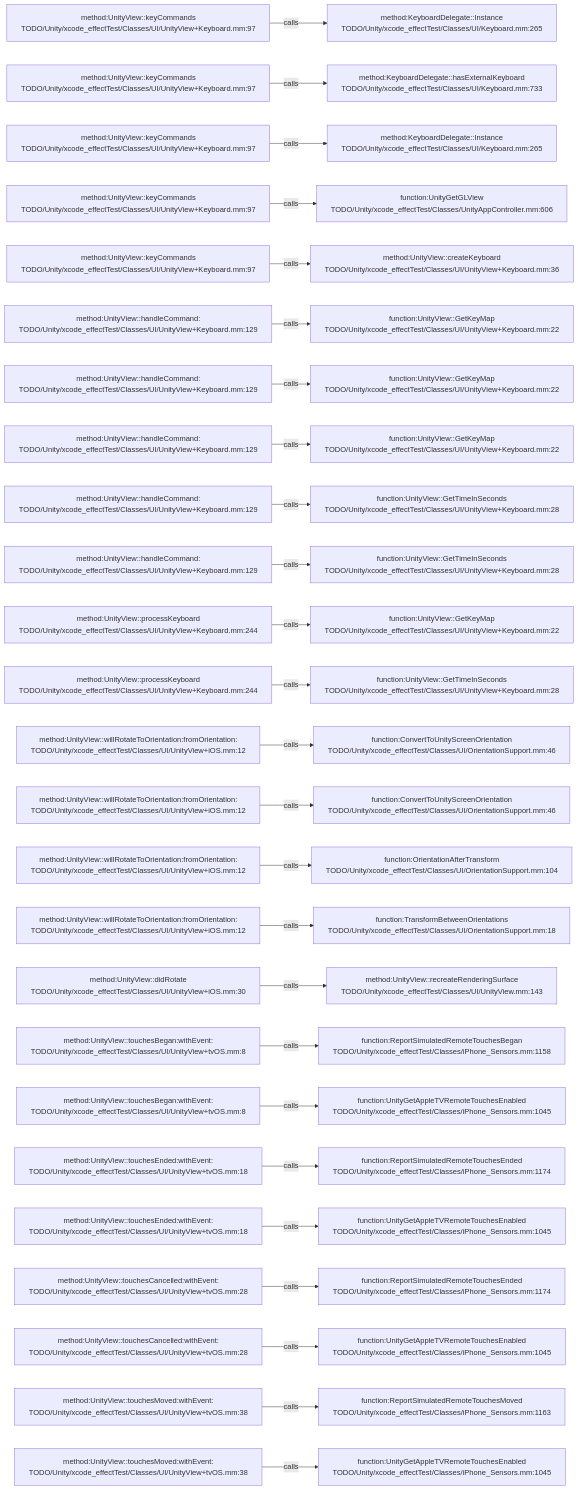
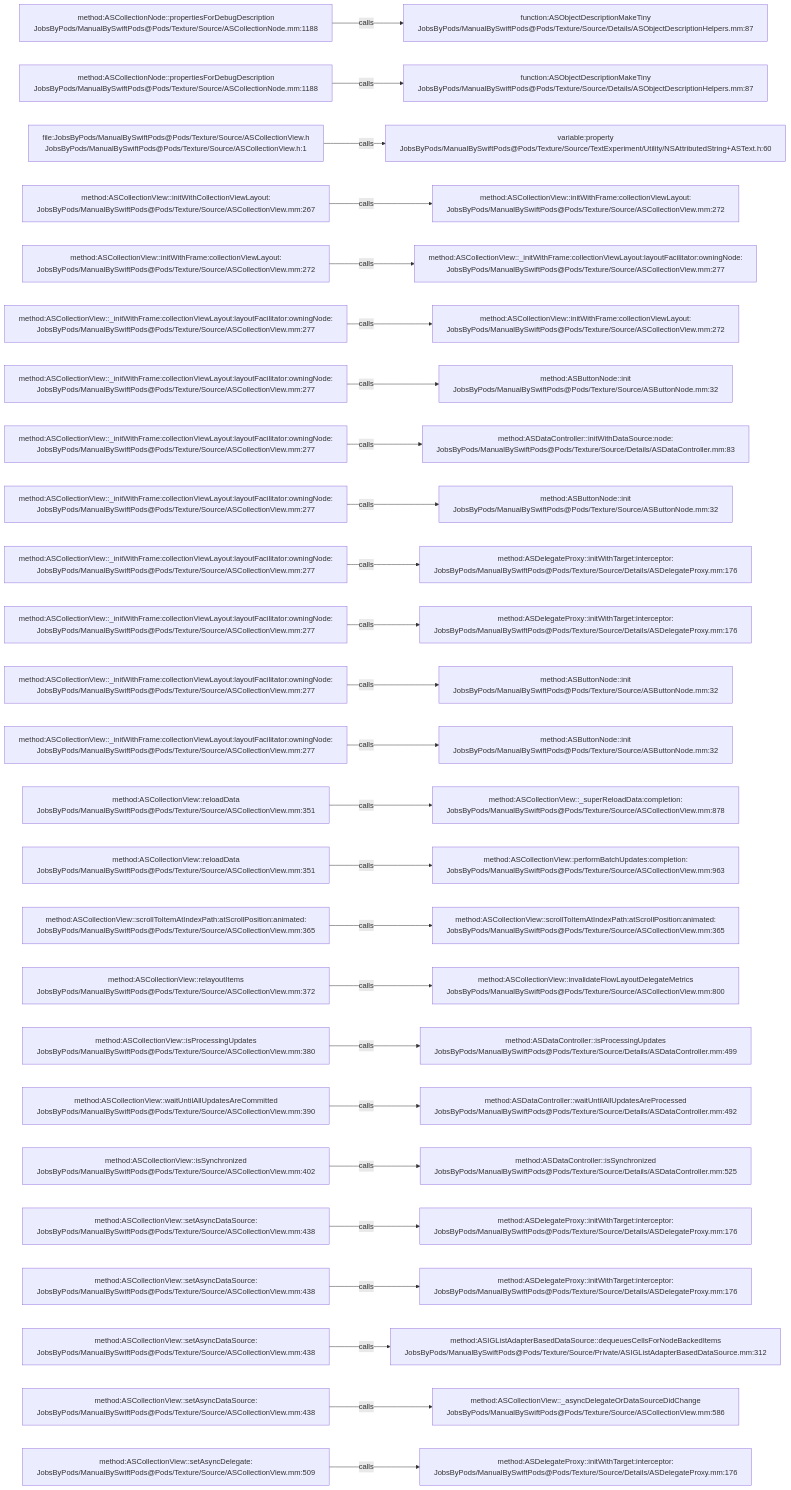
The diagram in .codegraph/codegraph.md/graphs/calls-029.md (JobsKits/JobsSwiftBaseConfigDemo), drawn with Mermaid before and after one commit. The commit also changed 2959 other files, not shown here.

````diff
--- a/.codegraph/codegraph.md/graphs/calls-029.md
+++ b/.codegraph/codegraph.md/graphs/calls-029.md
@@ -13,78 +13,78 @@
 ```mermaid
 flowchart LR
-  S1["method:UnityView::keyCommands<br/>TODO/Unity/xcode_effectTest/Classes/UI/UnityView+Keyboard.mm:97"]
-  T1["method:KeyboardDelegate::Instance<br/>TODO/Unity/xcode_effectTest/Classes/UI/Keyboard.mm:265"]
+  S1["method:ASCollectionNode::propertiesForDebugDescription<br/>JobsByPods/ManualBySwiftPods@Pods/Texture/Source/ASCollectionNode.mm:1188"]
+  T1["function:ASObjectDescriptionMakeTiny<br/>JobsByPods/ManualBySwiftPods@Pods/Texture/Source/Details/ASObjectDescriptionHelpers.mm:87"]
   S1 -->|calls| T1
-  S2["method:UnityView::keyCommands<br/>TODO/Unity/xcode_effectTest/Classes/UI/UnityView+Keyboard.mm:97"]
-  T2["method:KeyboardDelegate::hasExternalKeyboard<br/>TODO/Unity/xcode_effectTest/Classes/UI/Keyboard.mm:733"]
+  S2["method:ASCollectionNode::propertiesForDebugDescription<br/>JobsByPods/ManualBySwiftPods@Pods/Texture/Source/ASCollectionNode.mm:1188"]
+  T2["function:ASObjectDescriptionMakeTiny<br/>JobsByPods/ManualBySwiftPods@Pods/Texture/Source/Details/ASObjectDescriptionHelpers.mm:87"]
   S2 -->|calls| T2
-  S3["method:UnityView::keyCommands<br/>TODO/Unity/xcode_effectTest/Classes/UI/UnityView+Keyboard.mm:97"]
-  T3["method:KeyboardDelegate::Instance<br/>TODO/Unity/xcode_effectTest/Classes/UI/Keyboard.mm:265"]
+  S3["file:JobsByPods/ManualBySwiftPods@Pods/Texture/Source/ASCollectionView.h<br/>JobsByPods/ManualBySwiftPods@Pods/Texture/Source/ASCollectionView.h:1"]
+  T3["variable:property<br/>JobsByPods/ManualBySwiftPods@Pods/Texture/Source/TextExperiment/Utility/NSAttributedString+ASText.h:60"]
   S3 -->|calls| T3
-  S4["method:UnityView::keyCommands<br/>TODO/Unity/xcode_effectTest/Classes/UI/UnityView+Keyboard.mm:97"]
-  T4["function:UnityGetGLView<br/>TODO/Unity/xcode_effectTest/Classes/UnityAppController.mm:606"]
+  S4["method:ASCollectionView::initWithCollectionViewLayout:<br/>JobsByPods/ManualBySwiftPods@Pods/Texture/Source/ASCollectionView.mm:267"]
+  T4["method:ASCollectionView::initWithFrame:collectionViewLayout:<br/>JobsByPods/ManualBySwiftPods@Pods/Texture/Source/ASCollectionView.mm:272"]
   S4 -->|calls| T4
-  S5["method:UnityView::keyCommands<br/>TODO/Unity/xcode_effectTest/Classes/UI/UnityView+Keyboard.mm:97"]
-  T5["method:UnityView::createKeyboard<br/>TODO/Unity/xcode_effectTest/Classes/UI/UnityView+Keyboard.mm:36"]
+  S5["method:ASCollectionView::initWithFrame:collectionViewLayout:<br/>JobsByPods/ManualBySwiftPods@Pods/Texture/Source/ASCollectionView.mm:272"]
+  T5["method:ASCollectionView::_initWithFrame:collectionViewLayout:layoutFacilitator:owningNode:<br/>JobsByPods/ManualBySwiftPods@Pods/Texture/Source/ASCollectionView.mm:277"]
   S5 -->|calls| T5
-  S6["method:UnityView::handleCommand:<br/>TODO/Unity/xcode_effectTest/Classes/UI/UnityView+Keyboard.mm:129"]
-  T6["function:UnityView::GetKeyMap<br/>TODO/Unity/xcode_effectTest/Classes/UI/UnityView+Keyboard.mm:22"]
+  S6["method:ASCollectionView::_initWithFrame:collectionViewLayout:layoutFacilitator:owningNode:<br/>JobsByPods/ManualBySwiftPods@Pods/Texture/Source/ASCollectionView.mm:277"]
+  T6["method:ASCollectionView::initWithFrame:collectionViewLayout:<br/>JobsByPods/ManualBySwiftPods@Pods/Texture/Source/ASCollectionView.mm:272"]
   S6 -->|calls| T6
-  S7["method:UnityView::handleCommand:<br/>TODO/Unity/xcode_effectTest/Classes/UI/UnityView+Keyboard.mm:129"]
-  T7["function:UnityView::GetKeyMap<br/>TODO/Unity/xcode_effectTest/Classes/UI/UnityView+Keyboard.mm:22"]
+  S7["method:ASCollectionView::_initWithFrame:collectionViewLayout:layoutFacilitator:owningNode:<br/>JobsByPods/ManualBySwiftPods@Pods/Texture/Source/ASCollectionView.mm:277"]
+  T7["method:ASButtonNode::init<br/>JobsByPods/ManualBySwiftPods@Pods/Texture/Source/ASButtonNode.mm:32"]
   S7 -->|calls| T7
-  S8["method:UnityView::handleCommand:<br/>TODO/Unity/xcode_effectTest/Classes/UI/UnityView+Keyboard.mm:129"]
-  T8["function:UnityView::GetKeyMap<br/>TODO/Unity/xcode_effectTest/Classes/UI/UnityView+Keyboard.mm:22"]
+  S8["method:ASCollectionView::_initWithFrame:collectionViewLayout:layoutFacilitator:owningNode:<br/>JobsByPods/ManualBySwiftPods@Pods/Texture/Source/ASCollectionView.mm:277"]
+  T8["method:ASDataController::initWithDataSource:node:<br/>JobsByPods/ManualBySwiftPods@Pods/Texture/Source/Details/ASDataController.mm:83"]
   S8 -->|calls| T8
-  S9["method:UnityView::handleCommand:<br/>TODO/Unity/xcode_effectTest/Classes/UI/UnityView+Keyboard.mm:129"]
-  T9["function:UnityView::GetTimeInSeconds<br/>TODO/Unity/xcode_effectTest/Classes/UI/UnityView+Keyboard.mm:28"]
+  S9["method:ASCollectionView::_initWithFrame:collectionViewLayout:layoutFacilitator:owningNode:<br/>JobsByPods/ManualBySwiftPods@Pods/Texture/Source/ASCollectionView.mm:277"]
+  T9["method:ASButtonNode::init<br/>JobsByPods/ManualBySwiftPods@Pods/Texture/Source/ASButtonNode.mm:32"]
   S9 -->|calls| T9
-  S10["method:UnityView::handleCommand:<br/>TODO/Unity/xcode_effectTest/Classes/UI/UnityView+Keyboard.mm:129"]
-  T10["function:UnityView::GetTimeInSeconds<br/>TODO/Unity/xcode_effectTest/Classes/UI/UnityView+Keyboard.mm:28"]
+  S10["method:ASCollectionView::_initWithFrame:collectionViewLayout:layoutFacilitator:owningNode:<br/>JobsByPods/ManualBySwiftPods@Pods/Texture/Source/ASCollectionView.mm:277"]
+  T10["method:ASDelegateProxy::initWithTarget:interceptor:<br/>JobsByPods/ManualBySwiftPods@Pods/Texture/Source/Details/ASDelegateProxy.mm:176"]
   S10 -->|calls| T10
-  S11["method:UnityView::processKeyboard<br/>TODO/Unity/xcode_effectTest/Classes/UI/UnityView+Keyboard.mm:244"]
-  T11["function:UnityView::GetKeyMap<br/>TODO/Unity/xcode_effectTest/Classes/UI/UnityView+Keyboard.mm:22"]
+  S11["method:ASCollectionView::_initWithFrame:collectionViewLayout:layoutFacilitator:owningNode:<br/>JobsByPods/ManualBySwiftPods@Pods/Texture/Source/ASCollectionView.mm:277"]
+  T11["method:ASDelegateProxy::initWithTarget:interceptor:<br/>JobsByPods/ManualBySwiftPods@Pods/Texture/Source/Details/ASDelegateProxy.mm:176"]
   S11 -->|calls| T11
-  S12["method:UnityView::processKeyboard<br/>TODO/Unity/xcode_effectTest/Classes/UI/UnityView+Keyboard.mm:244"]
-  T12["function:UnityView::GetTimeInSeconds<br/>TODO/Unity/xcode_effectTest/Classes/UI/UnityView+Keyboard.mm:28"]
+  S12["method:ASCollectionView::_initWithFrame:collectionViewLayout:layoutFacilitator:owningNode:<br/>JobsByPods/ManualBySwiftPods@Pods/Texture/Source/ASCollectionView.mm:277"]
+  T12["method:ASButtonNode::init<br/>JobsByPods/ManualBySwiftPods@Pods/Texture/Source/ASButtonNode.mm:32"]
   S12 -->|calls| T12
-  S13["method:UnityView::willRotateToOrientation:fromOrientation:<br/>TODO/Unity/xcode_effectTest/Classes/UI/UnityView+iOS.mm:12"]
-  T13["function:ConvertToUnityScreenOrientation<br/>TODO/Unity/xcode_effectTest/Classes/UI/OrientationSupport.mm:46"]
+  S13["method:ASCollectionView::_initWithFrame:collectionViewLayout:layoutFacilitator:owningNode:<br/>JobsByPods/ManualBySwiftPods@Pods/Texture/Source/ASCollectionView.mm:277"]
+  T13["method:ASButtonNode::init<br/>JobsByPods/ManualBySwiftPods@Pods/Texture/Source/ASButtonNode.mm:32"]
   S13 -->|calls| T13
-  S14["method:UnityView::willRotateToOrientation:fromOrientation:<br/>TODO/Unity/xcode_effectTest/Classes/UI/UnityView+iOS.mm:12"]
-  T14["function:ConvertToUnityScreenOrientation<br/>TODO/Unity/xcode_effectTest/Classes/UI/OrientationSupport.mm:46"]
+  S14["method:ASCollectionView::reloadData<br/>JobsByPods/ManualBySwiftPods@Pods/Texture/Source/ASCollectionView.mm:351"]
+  T14["method:ASCollectionView::_superReloadData:completion:<br/>JobsByPods/ManualBySwiftPods@Pods/Texture/Source/ASCollectionView.mm:878"]
   S14 -->|calls| T14
-  S15["method:UnityView::willRotateToOrientation:fromOrientation:<br/>TODO/Unity/xcode_effectTest/Classes/UI/UnityView+iOS.mm:12"]
-  T15["function:OrientationAfterTransform<br/>TODO/Unity/xcode_effectTest/Classes/UI/OrientationSupport.mm:104"]
+  S15["method:ASCollectionView::reloadData<br/>JobsByPods/ManualBySwiftPods@Pods/Texture/Source/ASCollectionView.mm:351"]
+  T15["method:ASCollectionView::performBatchUpdates:completion:<br/>JobsByPods/ManualBySwiftPods@Pods/Texture/Source/ASCollectionView.mm:963"]
   S15 -->|calls| T15
-  S16["method:UnityView::willRotateToOrientation:fromOrientation:<br/>TODO/Unity/xcode_effectTest/Classes/UI/UnityView+iOS.mm:12"]
-  T16["function:TransformBetweenOrientations<br/>TODO/Unity/xcode_effectTest/Classes/UI/OrientationSupport.mm:18"]
+  S16["method:ASCollectionView::scrollToItemAtIndexPath:atScrollPosition:animated:<br/>JobsByPods/ManualBySwiftPods@Pods/Texture/Source/ASCollectionView.mm:365"]
+  T16["method:ASCollectionView::scrollToItemAtIndexPath:atScrollPosition:animated:<br/>JobsByPods/ManualBySwiftPods@Pods/Texture/Source/ASCollectionView.mm:365"]
   S16 -->|calls| T16
-  S17["method:UnityView::didRotate<br/>TODO/Unity/xcode_effectTest/Classes/UI/UnityView+iOS.mm:30"]
-  T17["method:UnityView::recreateRenderingSurface<br/>TODO/Unity/xcode_effectTest/Classes/UI/UnityView.mm:143"]
+  S17["method:ASCollectionView::relayoutItems<br/>JobsByPods/ManualBySwiftPods@Pods/Texture/Source/ASCollectionView.mm:372"]
+  T17["method:ASCollectionView::invalidateFlowLayoutDelegateMetrics<br/>JobsByPods/ManualBySwiftPods@Pods/Texture/Source/ASCollectionView.mm:800"]
   S17 -->|calls| T17
-  S18["method:UnityView::touchesBegan:withEvent:<br/>TODO/Unity/xcode_effectTest/Classes/UI/UnityView+tvOS.mm:8"]
-  T18["function:ReportSimulatedRemoteTouchesBegan<br/>TODO/Unity/xcode_effectTest/Classes/iPhone_Sensors.mm:1158"]
+  S18["method:ASCollectionView::isProcessingUpdates<br/>JobsByPods/ManualBySwiftPods@Pods/Texture/Source/ASCollectionView.mm:380"]
+  T18["method:ASDataController::isProcessingUpdates<br/>JobsByPods/ManualBySwiftPods@Pods/Texture/Source/Details/ASDataController.mm:499"]
   S18 -->|calls| T18
-  S19["method:UnityView::touchesBegan:withEvent:<br/>TODO/Unity/xcode_effectTest/Classes/UI/UnityView+tvOS.mm:8"]
-  T19["function:UnityGetAppleTVRemoteTouchesEnabled<br/>TODO/Unity/xcode_effectTest/Classes/iPhone_Sensors.mm:1045"]
+  S19["method:ASCollectionView::waitUntilAllUpdatesAreCommitted<br/>JobsByPods/ManualBySwiftPods@Pods/Texture/Source/ASCollectionView.mm:390"]
+  T19["method:ASDataController::waitUntilAllUpdatesAreProcessed<br/>JobsByPods/ManualBySwiftPods@Pods/Texture/Source/Details/ASDataController.mm:492"]
   S19 -->|calls| T19
-  S20["method:UnityView::touchesEnded:withEvent:<br/>TODO/Unity/xcode_effectTest/Classes/UI/UnityView+tvOS.mm:18"]
-  T20["function:ReportSimulatedRemoteTouchesEnded<br/>TODO/Unity/xcode_effectTest/Classes/iPhone_Sensors.mm:1174"]
+  S20["method:ASCollectionView::isSynchronized<br/>JobsByPods/ManualBySwiftPods@Pods/Texture/Source/ASCollectionView.mm:402"]
+  T20["method:ASDataController::isSynchronized<br/>JobsByPods/ManualBySwiftPods@Pods/Texture/Source/Details/ASDataController.mm:525"]
   S20 -->|calls| T20
-  S21["method:UnityView::touchesEnded:withEvent:<br/>TODO/Unity/xcode_effectTest/Classes/UI/UnityView+tvOS.mm:18"]
-  T21["function:UnityGetAppleTVRemoteTouchesEnabled<br/>TODO/Unity/xcode_effectTest/Classes/iPhone_Sensors.mm:1045"]
+  S21["method:ASCollectionView::setAsyncDataSource:<br/>JobsByPods/ManualBySwiftPods@Pods/Texture/Source/ASCollectionView.mm:438"]
+  T21["method:ASDelegateProxy::initWithTarget:interceptor:<br/>JobsByPods/ManualBySwiftPods@Pods/Texture/Source/Details/ASDelegateProxy.mm:176"]
   S21 -->|calls| T21
-  S22["method:UnityView::touchesCancelled:withEvent:<br/>TODO/Unity/xcode_effectTest/Classes/UI/UnityView+tvOS.mm:28"]
-  T22["function:ReportSimulatedRemoteTouchesEnded<br/>TODO/Unity/xcode_effectTest/Classes/iPhone_Sensors.mm:1174"]
+  S22["method:ASCollectionView::setAsyncDataSource:<br/>JobsByPods/ManualBySwiftPods@Pods/Texture/Source/ASCollectionView.mm:438"]
+  T22["method:ASDelegateProxy::initWithTarget:interceptor:<br/>JobsByPods/ManualBySwiftPods@Pods/Texture/Source/Details/ASDelegateProxy.mm:176"]
   S22 -->|calls| T22
-  S23["method:UnityView::touchesCancelled:withEvent:<br/>TODO/Unity/xcode_effectTest/Classes/UI/UnityView+tvOS.mm:28"]
-  T23["function:UnityGetAppleTVRemoteTouchesEnabled<br/>TODO/Unity/xcode_effectTest/Classes/iPhone_Sensors.mm:1045"]
+  S23["method:ASCollectionView::setAsyncDataSource:<br/>JobsByPods/ManualBySwiftPods@Pods/Texture/Source/ASCollectionView.mm:438"]
+  T23["method:ASIGListAdapterBasedDataSource::dequeuesCellsForNodeBackedItems<br/>JobsByPods/ManualBySwiftPods@Pods/Texture/Source/Private/ASIGListAdapterBasedDataSource.mm:312"]
   S23 -->|calls| T23
-  S24["method:UnityView::touchesMoved:withEvent:<br/>TODO/Unity/xcode_effectTest/Classes/UI/UnityView+tvOS.mm:38"]
-  T24["function:ReportSimulatedRemoteTouchesMoved<br/>TODO/Unity/xcode_effectTest/Classes/iPhone_Sensors.mm:1163"]
+  S24["method:ASCollectionView::setAsyncDataSource:<br/>JobsByPods/ManualBySwiftPods@Pods/Texture/Source/ASCollectionView.mm:438"]
+  T24["method:ASCollectionView::_asyncDelegateOrDataSourceDidChange<br/>JobsByPods/ManualBySwiftPods@Pods/Texture/Source/ASCollectionView.mm:586"]
   S24 -->|calls| T24
-  S25["method:UnityView::touchesMoved:withEvent:<br/>TODO/Unity/xcode_effectTest/Classes/UI/UnityView+tvOS.mm:38"]
-  T25["function:UnityGetAppleTVRemoteTouchesEnabled<br/>TODO/Unity/xcode_effectTest/Classes/iPhone_Sensors.mm:1045"]
+  S25["method:ASCollectionView::setAsyncDelegate:<br/>JobsByPods/ManualBySwiftPods@Pods/Texture/Source/ASCollectionView.mm:509"]
+  T25["method:ASDelegateProxy::initWithTarget:interceptor:<br/>JobsByPods/ManualBySwiftPods@Pods/Texture/Source/Details/ASDelegateProxy.mm:176"]
   S25 -->|calls| T25
 ```
````
